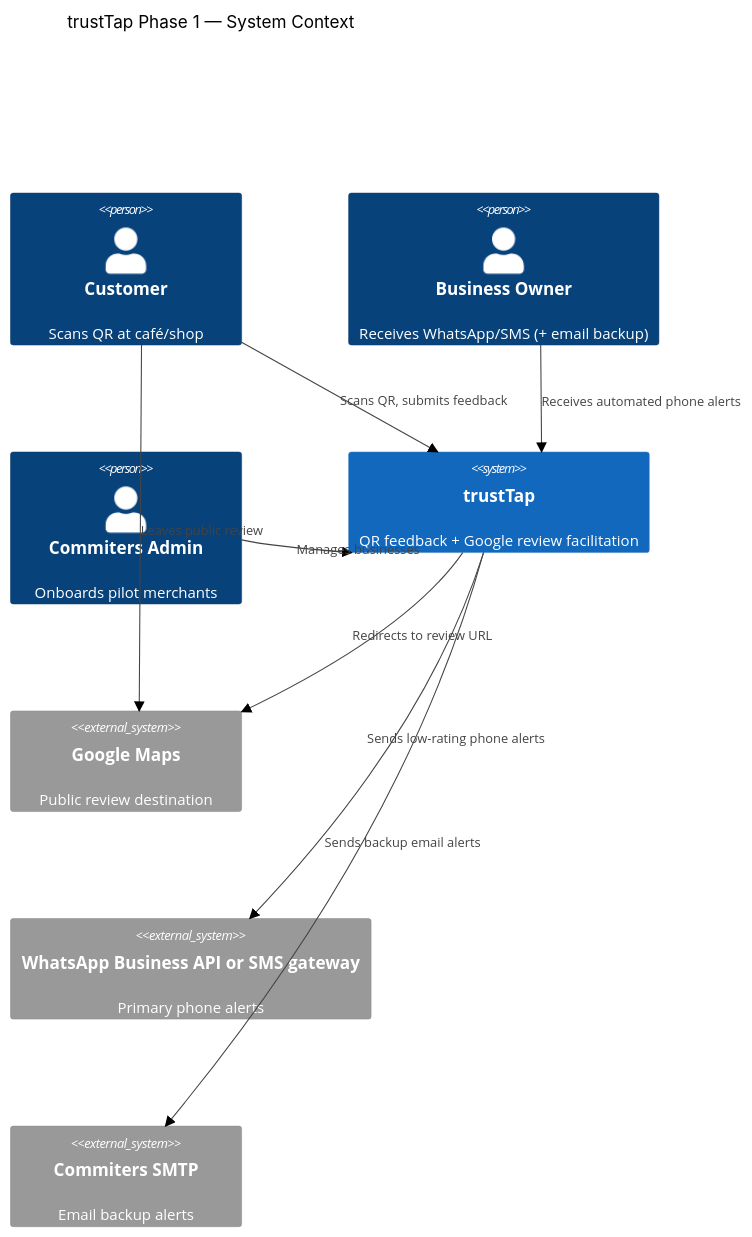
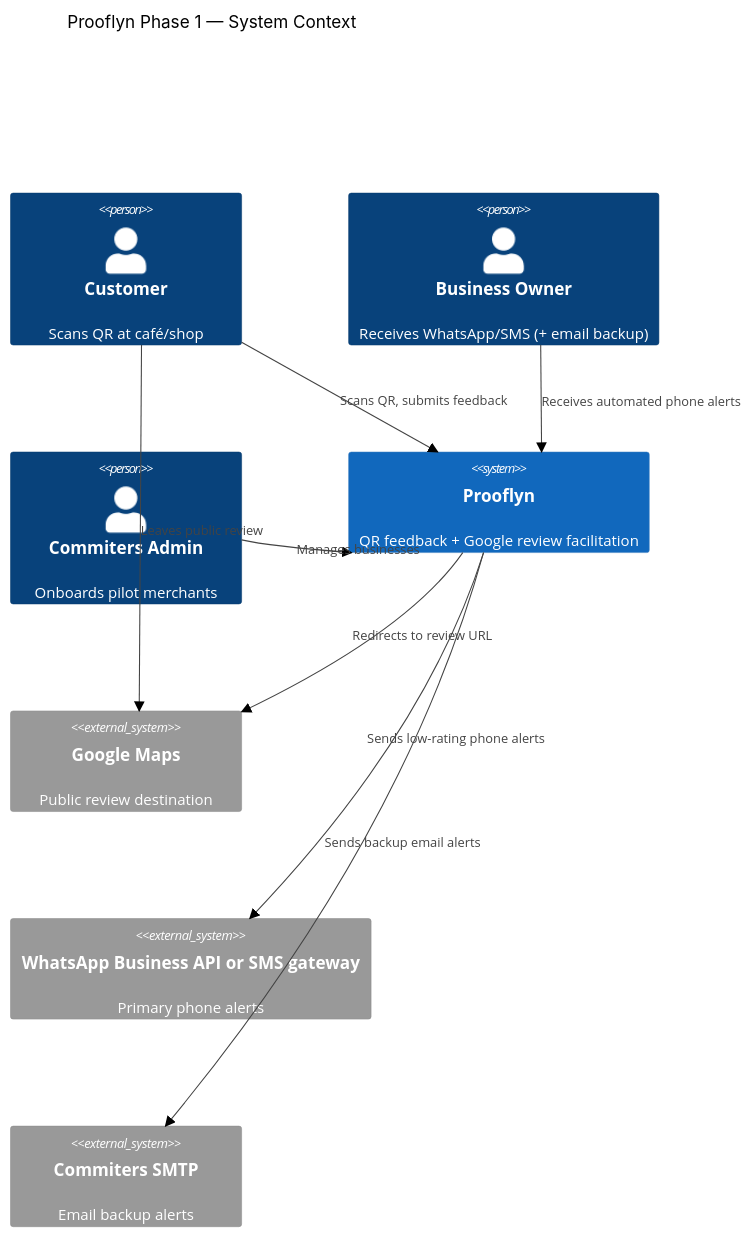
Before and after one commit to niteshrav/GoogleReviewQR: the diagram in docs/PHASE_1_USE_CASES.md, drawn with Mermaid (forest theme). The commit also changed other lines of this file and 54 other files, not shown here.

First line of the commit message:
Rename the product from trustTap to Prooflyn.

````diff
--- a/docs/PHASE_1_USE_CASES.md
+++ b/docs/PHASE_1_USE_CASES.md
@@ -21,21 +21,21 @@
 ```mermaid
 C4Context
-    title trustTap Phase 1 — System Context
+    title Prooflyn Phase 1 — System Context
 
     Person(customer, "Customer", "Scans QR at café/shop")
     Person(owner, "Business Owner", "Receives WhatsApp/SMS (+ email backup)")
     Person(admin, "Commiters Admin", "Onboards pilot merchants")
 
-    System(trusttap, "trustTap", "QR feedback + Google review facilitation")
+    System(trusttap, "Prooflyn", "QR feedback + Google review facilitation")
     System_Ext(google, "Google Maps", "Public review destination")
     System_Ext(wa, "WhatsApp Business API or SMS gateway", "Primary phone alerts")
     System_Ext(smtp, "Commiters SMTP", "Email backup alerts")
 
     Rel(customer, trusttap, "Scans QR, submits feedback")
     Rel(customer, google, "Leaves public review")
     Rel(owner, trusttap, "Receives automated phone alerts")
     Rel(admin, trusttap, "Manages businesses")
     Rel(trusttap, google, "Redirects to review URL")
     Rel(trusttap, wa, "Sends low-rating phone alerts")
     Rel(trusttap, smtp, "Sends backup email alerts")
 ```
````
